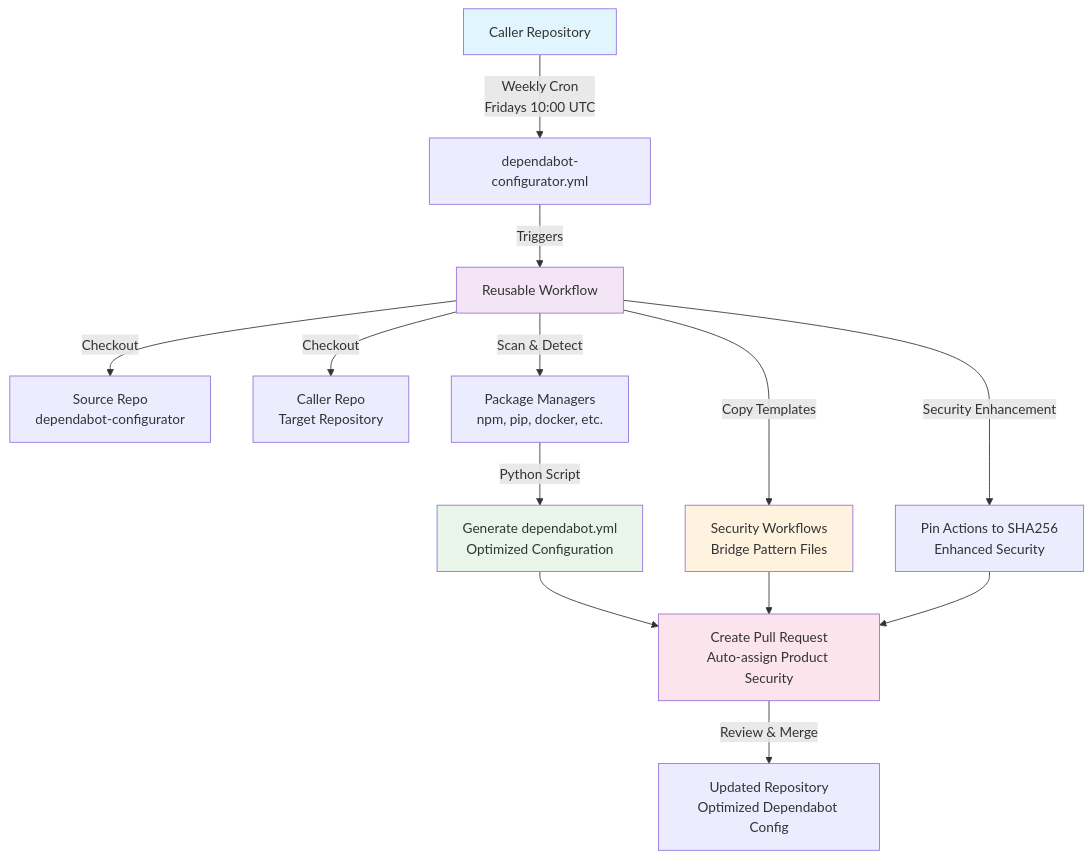
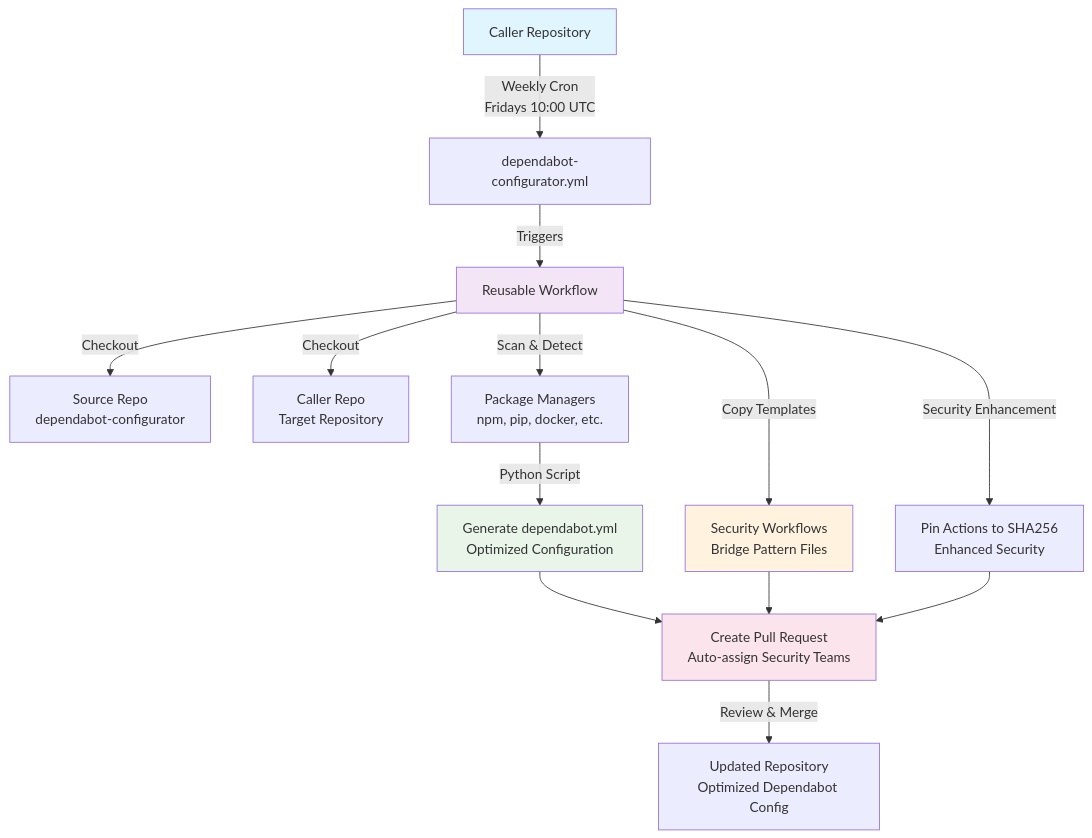
One commit to redcanaryco/dependabot-configurator changed the second of 3 diagrams in README.md. Above: the diagram before and after it, drawn with Mermaid. The commit also changed other lines of this file and 2 other files, not shown here.

Commit message:
[CLOUDAUTO-1296] Add systems-engineering and cso-leadership next to product-security (#19)

````diff
--- a/README.md
+++ b/README.md
@@ -676,21 +674,21 @@
 ```mermaid
 graph TB
     A[Caller Repository] -->|Weekly Cron<br/>Fridays 10:00 UTC| B[dependabot-configurator.yml]
     B -->|Triggers| C[Reusable Workflow]
     C -->|Checkout| D[Source Repo<br/>dependabot-configurator]
     C -->|Checkout| E[Caller Repo<br/>Target Repository]
     C -->|Scan & Detect| F[Package Managers<br/>npm, pip, docker, etc.]
     F -->|Python Script| G[Generate dependabot.yml<br/>Optimized Configuration]
     C -->|Copy Templates| H[Security Workflows<br/>Bridge Pattern Files]
     C -->|Security Enhancement| I[Pin Actions to SHA256<br/>Enhanced Security]
-    G --> J[Create Pull Request<br/>Auto-assign Product Security]
+    G --> J[Create Pull Request<br/>Auto-assign Security Teams]
     H --> J
     I --> J
     J -->|Review & Merge| K[Updated Repository<br/>Optimized Dependabot Config]
 
     style A fill:#e1f5fe
     style C fill:#f3e5f5
     style G fill:#e8f5e8
     style H fill:#fff3e0
     style J fill:#fce4ec
 ```
````
